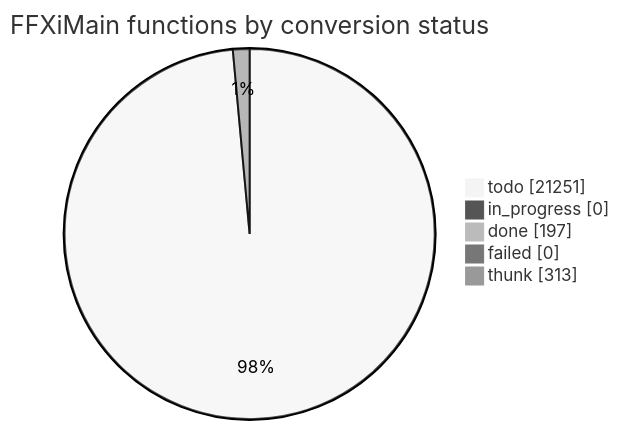
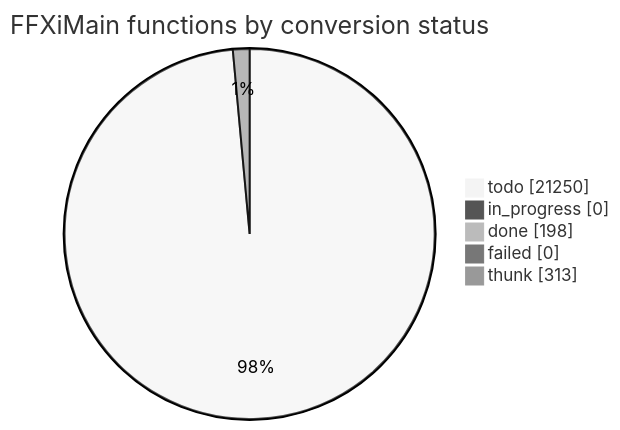
One commit to cowrevenge/cow_kuluu_xi_anything changed the diagram in docs/cow/STATUS.md. Above: the diagram before and after it, drawn with Mermaid (neutral theme). The commit also changed other lines of this file and 9 other files, not shown here.

````diff
--- a/docs/cow/STATUS.md
+++ b/docs/cow/STATUS.md
@@ -18,9 +18,9 @@
 ```mermaid
 pie showData
     title FFXiMain functions by conversion status
-    "todo" : 21251
+    "todo" : 21250
     "in_progress" : 0
-    "done" : 197
+    "done" : 198
     "failed" : 0
     "thunk" : 313
 ```
````
